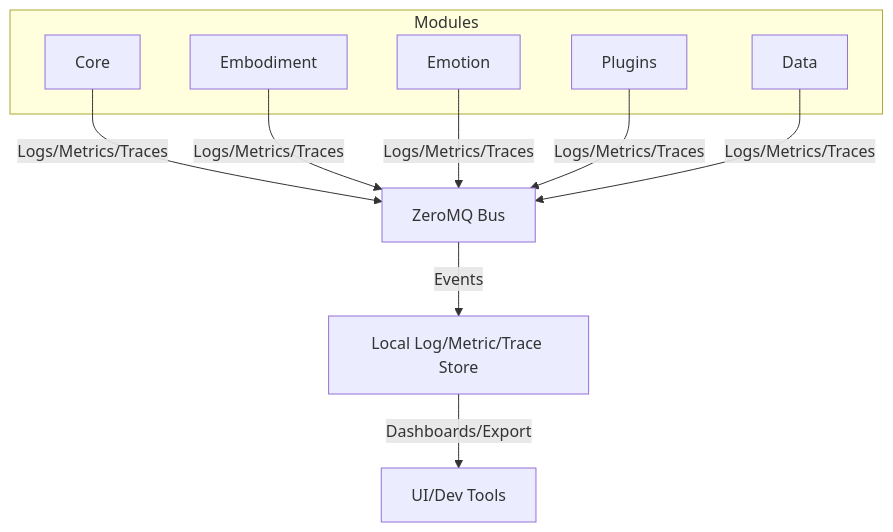
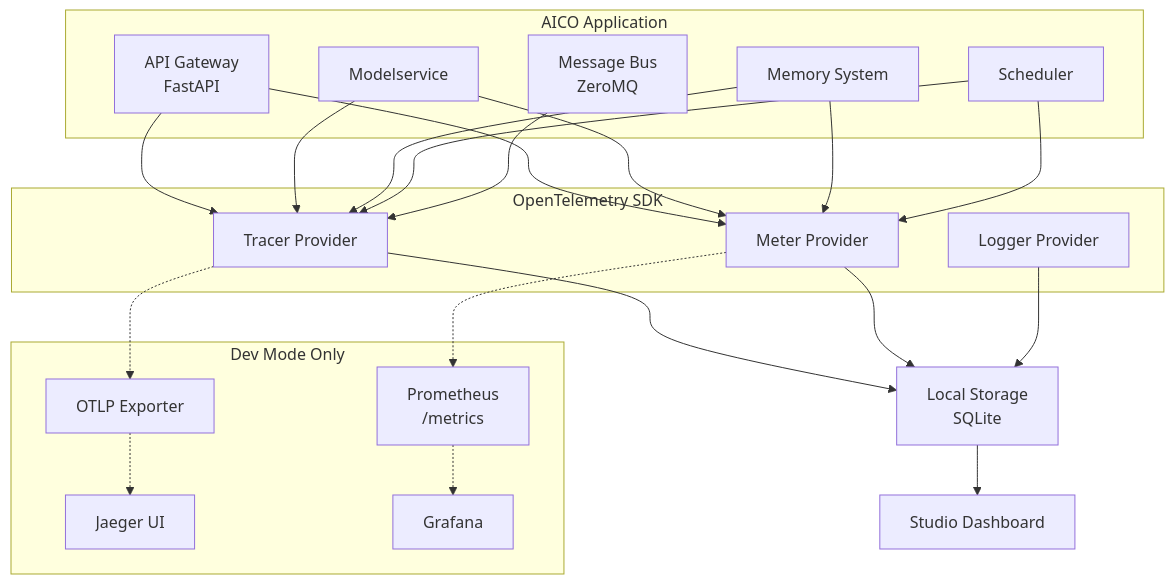
Before and after one commit to boeni-industries/aico: the diagram in docs/operations/instrumentation/instrumentation.md, drawn with Mermaid. The commit also changed other lines of this file and 18 other files, not shown here.

Commit message:
feat: base openTelemetry instrumentation setup completed. #137

````diff
--- a/docs/operations/instrumentation/instrumentation.md
+++ b/docs/operations/instrumentation/instrumentation.md
@@ -108,17 +207,39 @@
 ```mermaid
 graph TD;
-  subgraph Modules
-    Core[Core]
-    Embodiment[Embodiment]
-    Emotion[Emotion]
-    Plugins[Plugins]
-    Data[Data]
+  subgraph AICO Application
+    API[API Gateway<br/>FastAPI]
+    Model[Modelservice]
+    Memory[Memory System]
+    Scheduler[Scheduler]
+    Bus[Message Bus<br/>ZeroMQ]
   end
-  Core -- Logs/Metrics/Traces --> Bus[ZeroMQ Bus]
-  Embodiment -- Logs/Metrics/Traces --> Bus
-  Emotion -- Logs/Metrics/Traces --> Bus
-  Plugins -- Logs/Metrics/Traces --> Bus
-  Data -- Logs/Metrics/Traces --> Bus
-  Bus -- Events --> LocalStore[Local Log/Metric/Trace Store]
-  LocalStore -- Dashboards/Export --> UI[UI/Dev Tools]
+  
+  subgraph OpenTelemetry SDK
+    Tracer[Tracer Provider]
+    Meter[Meter Provider]
+    Logger[Logger Provider]
+  end
+  
+  API --> Tracer
+  API --> Meter
+  Model --> Tracer
+  Model --> Meter
+  Memory --> Tracer
+  Memory --> Meter
+  Scheduler --> Tracer
+  Scheduler --> Meter
+  Bus --> Tracer
+  
+  Tracer --> LocalStore[Local Storage<br/>SQLite]
+  Meter --> LocalStore
+  Logger --> LocalStore
+  
+  LocalStore --> Studio[Studio Dashboard]
+  
+  subgraph Dev Mode Only
+    Tracer -.-> OTLP[OTLP Exporter]
+    Meter -.-> Prom[Prometheus<br/>/metrics]
+    OTLP -.-> Jaeger[Jaeger UI]
+    Prom -.-> Grafana[Grafana]
+  end
 ```
````
